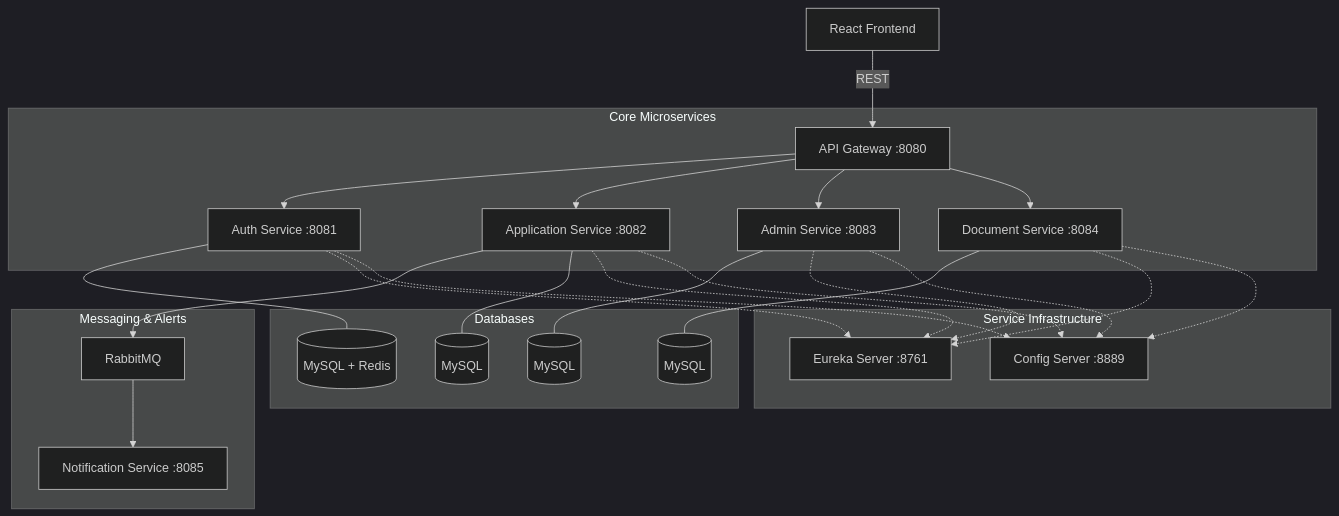
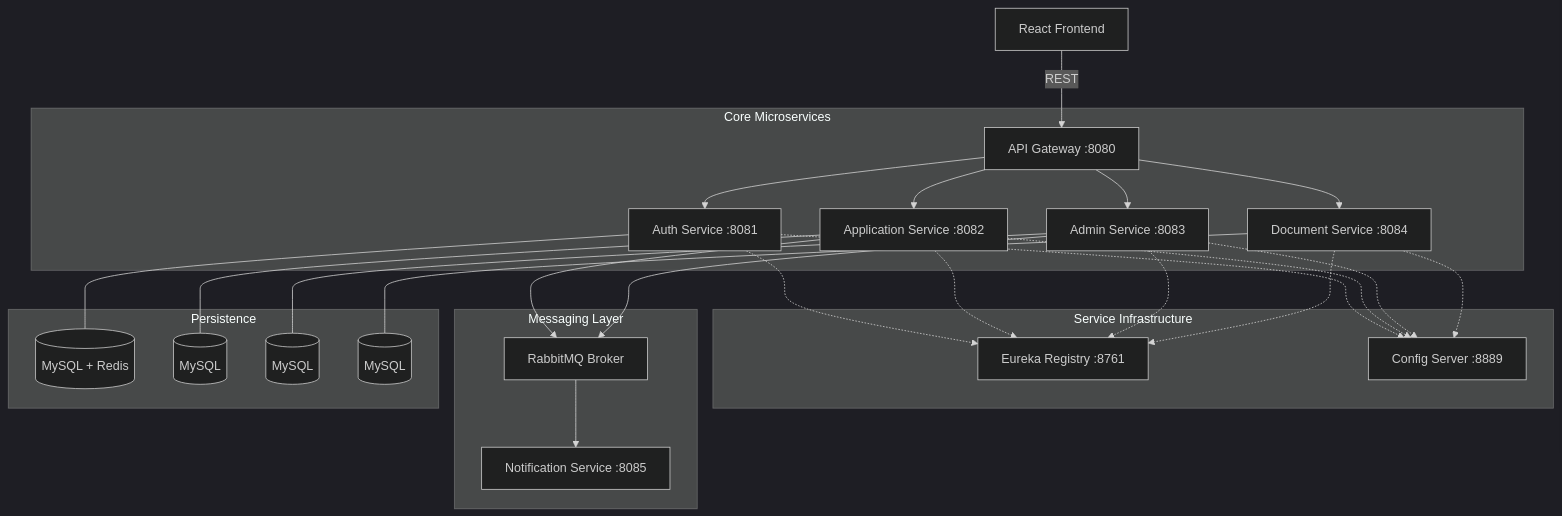
The second of 5 diagrams in docs/DESIGN_DIAGRAMS.md (durgaaprasadch/FinFlow), drawn with Mermaid (dark theme) before and after one commit. The commit also changed other lines of this file and 2 other files, not shown here.

Commit message:
docs: enrich project diagrams, code explanations, and presentation slides

````diff
--- a/docs/DESIGN_DIAGRAMS.md
+++ b/docs/DESIGN_DIAGRAMS.md
@@ -41,31 +43,32 @@
 ```mermaid
 graph TD
     Client[React Frontend] -->|REST| Gateway[API Gateway :8080]
     
     subgraph "Service Infrastructure"
-        Eureka[Eureka Server :8761]
+        Eureka[Eureka Registry :8761]
         Config[Config Server :8889]
     end
     
     subgraph "Core Microservices"
         Gateway --> Auth[Auth Service :8081]
         Gateway --> App[Application Service :8082]
         Gateway --> Admin[Admin Service :8083]
         Gateway --> Doc[Document Service :8084]
     end
     
-    subgraph "Messaging & Alerts"
-        App --> Rabbit[RabbitMQ]
+    subgraph "Messaging Layer"
+        App --> Rabbit[RabbitMQ Broker]
+        Admin --> Rabbit
         Rabbit --> Notif[Notification Service :8085]
     end
     
-    subgraph "Databases"
+    subgraph "Persistence"
         Auth --- AuthDB[(MySQL + Redis)]
         App --- AppDB[(MySQL)]
         Admin --- AdminDB[(MySQL)]
         Doc --- DocDB[(MySQL)]
     end
     
     Auth & App & Admin & Doc -.-> Eureka
     Auth & App & Admin & Doc -.-> Config
 ```
````
